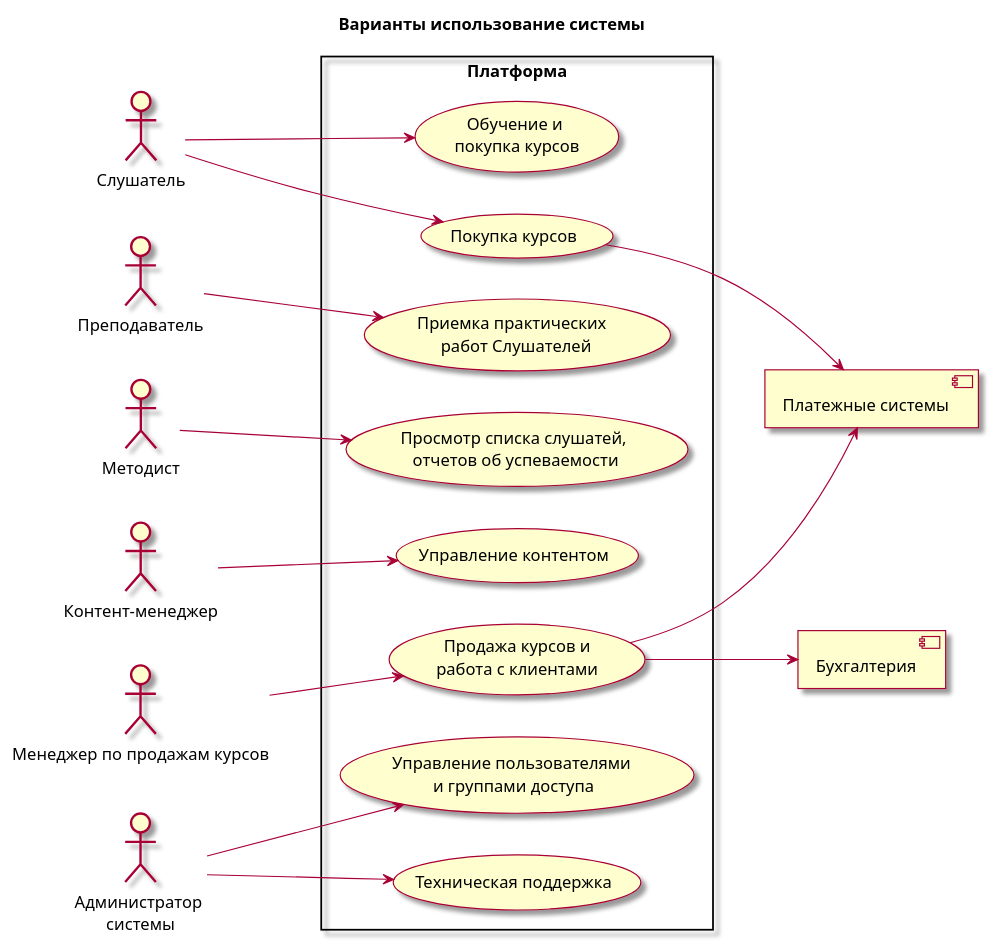
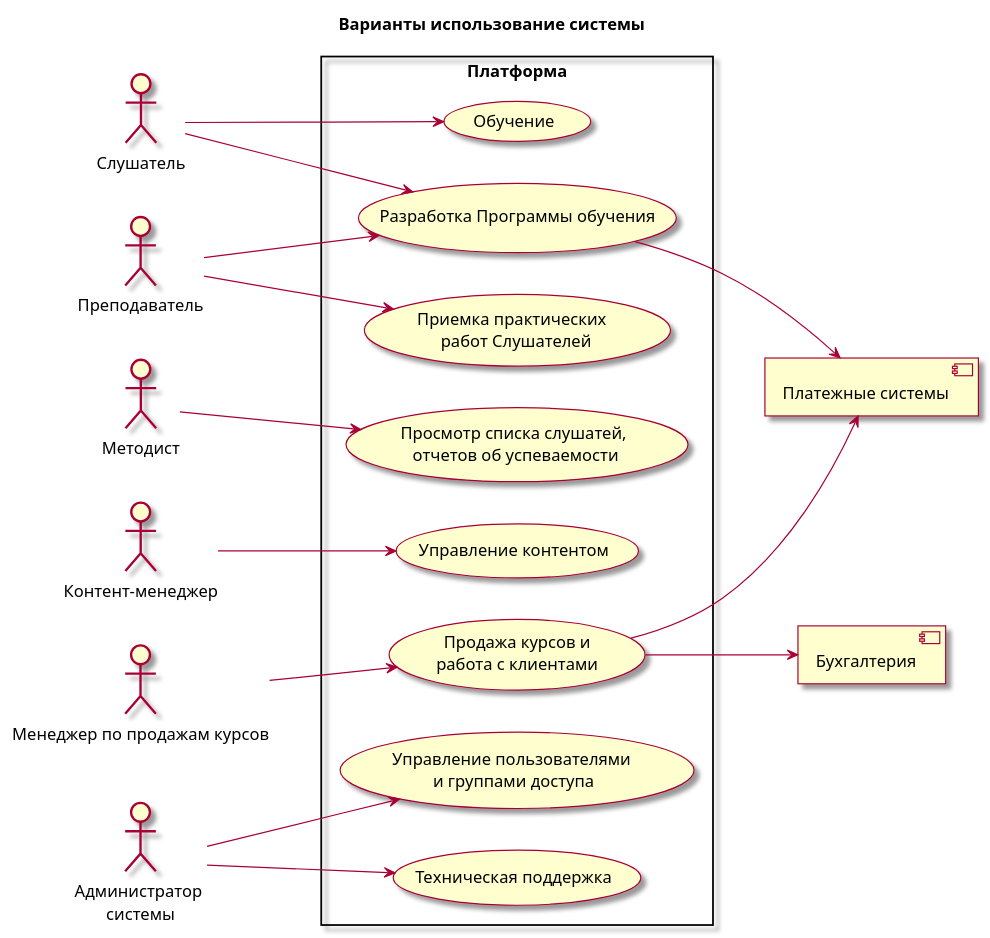
The diagram in api-warehouse/diagrams/mediusecase.iuml (PortnovAlex80/node_js_pro), drawn with PlantUML before and after one commit.

```diff
--- a/api-warehouse/diagrams/mediusecase.iuml
+++ b/api-warehouse/diagrams/mediusecase.iuml
@@ -1,45 +1,49 @@
 @startuml
 skin rose
 left to right direction
 
 title Варианты использование системы 
 
 :Слушатель: as STUDENT
 :Преподаватель: as LECTOR
 :Методист: as METOD
 :Контент-менеджер: as CONTMGR
 :Менеджер по продажам курсов: as MGR
 :Администратор \nсистемы: as ADMIN
 
 [Платежные системы] as Payments
 [Бухгалтерия] as Commercia
 
 rectangle  :Платформа: {
 
-usecase (Обучение и \nпокупка курсов) as UC1
+usecase (Обучение) as UC1
 usecase (Покупка курсов) as UC9
 
 usecase (Приемка практических \n работ Слушателей) as UC2
+usecase (Разработка Программы обучения) as UC9
+
 usecase (Просмотр списка слушатей,\n отчетов об успеваемости) as UC3
 usecase (Управление контентом) as UC4
 usecase (Продажа курсов и\nработа с клиентами) as UC5
 
 usecase (Управление пользователями \nи группами доступа) as UC7
 usecase (Техническая поддержка) as UC8
 }
 
 STUDENT --> UC1
 STUDENT --> UC9
 
 LECTOR --> UC2
+LECTOR --> UC9
+
 METOD--> UC3
 CONTMGR--> UC4
 MGR --> UC5
 
 UC5 --> Payments
 UC9 --> Payments
 UC5 --> Commercia
 
 ADMIN --> UC7
 ADMIN --> UC8
 @enduml
```
